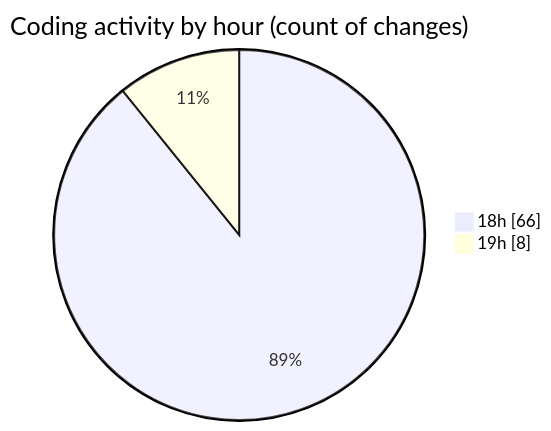
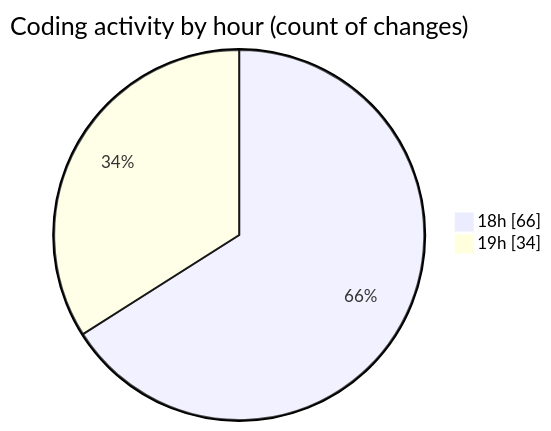
Before and after one commit to Ritupan-Deka/code-tracking: the second of 2 diagrams in 2025-07-16/mern-workoutboard/README.md, drawn with Mermaid. The commit also changed other lines of this file and 1 other file, not shown here.

````diff
--- a/2025-07-16/mern-workoutboard/README.md
+++ b/2025-07-16/mern-workoutboard/README.md
@@ -33,6 +33,6 @@
 ```mermaid
 pie showData
 title Coding activity by hour (count of changes)
 "18h" : 66
-"19h" : 8
+"19h" : 34
 ```
````
